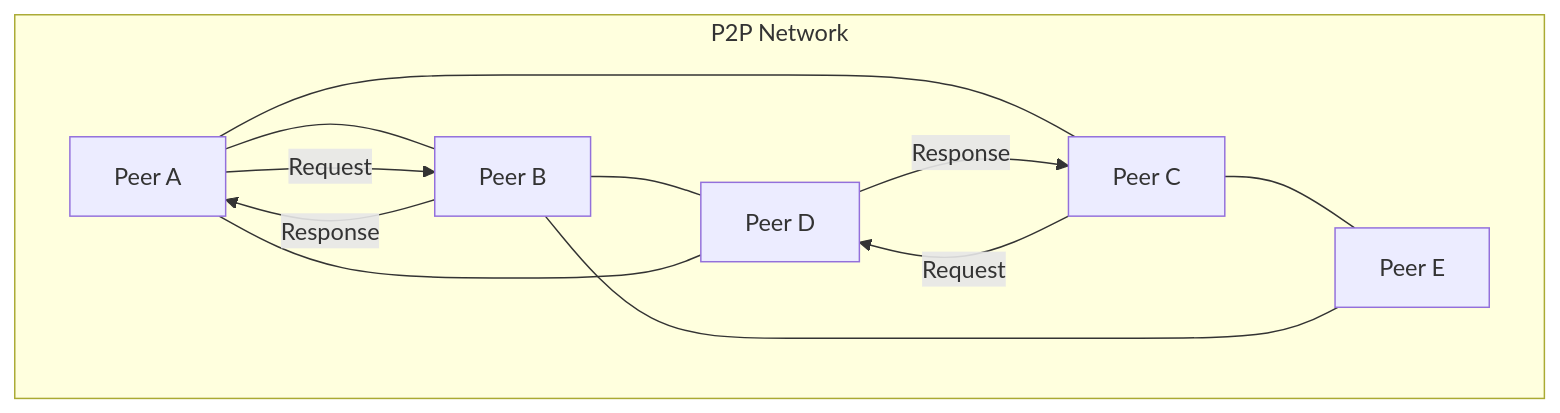
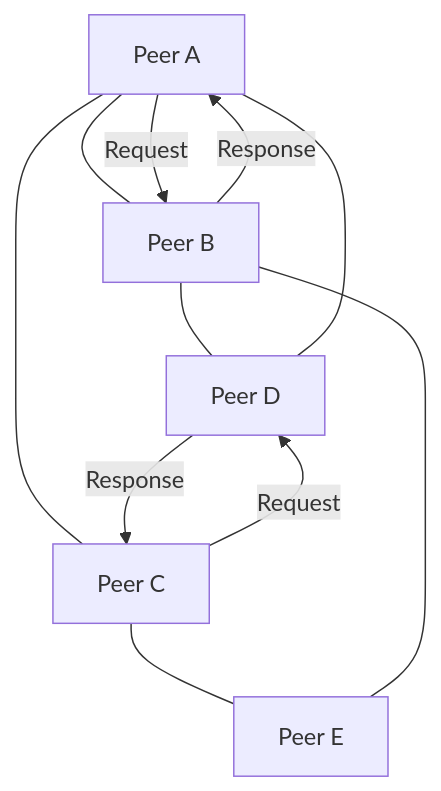
Before and after one commit to bmeurant/technical-docs: the diagram in software-architecture/architectural-styles/peer-to-peer.md, drawn with Mermaid. The commit also changed 9 other files, not shown here.

Commit message:
docs(software-architecture): Simplifies mermaid diagrams

````diff
--- a/software-architecture/architectural-styles/peer-to-peer.md
+++ b/software-architecture/architectural-styles/peer-to-peer.md
@@ -18,16 +18,14 @@
 ```mermaid
 graph TD
-    subgraph P2P Network
-        A[Peer A] --- B[Peer B]
-        A --- C[Peer C]
-        B --- D[Peer D]
-        C --- E[Peer E]
-        D --- A
-        E --- B
-    end
+    A[Peer A] --- B[Peer B]
+    A --- C[Peer C]
+    B --- D[Peer D]
+    C --- E[Peer E]
+    D --- A
+    E --- B
 
     A -- "Request" --> B
     B -- "Response" --> A
     C -- "Request" --> D
     D -- "Response" --> C
 ```
````
